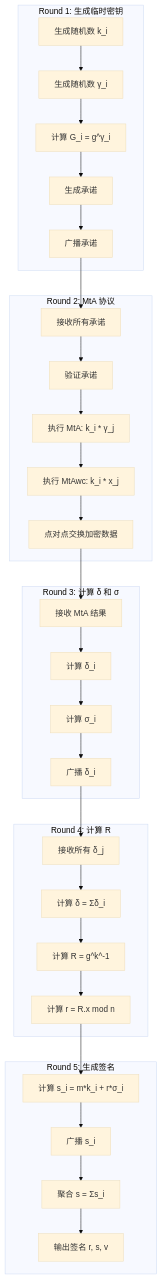
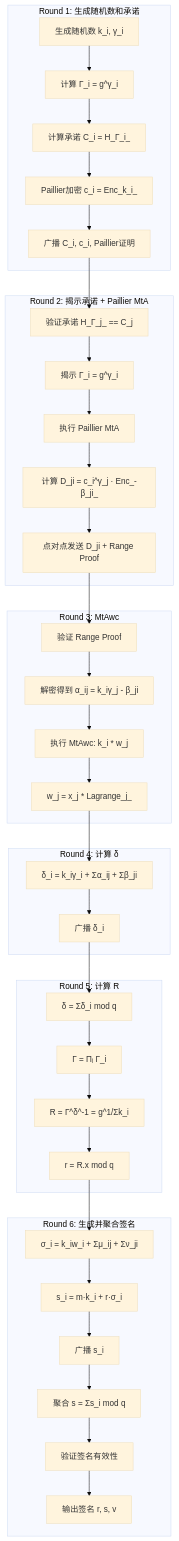
The seventh of 8 diagrams in docs/FLOWCHARTS.md (339-Labs/wallet-platform-mpc-go), drawn with Mermaid (base theme) before and after one commit. The commit also changed other lines of this file and 1 other file, not shown here.

Commit message:
Refactor: Update docs to reflect GG18 protocol implementation

````diff
--- a/docs/FLOWCHARTS.md
+++ b/docs/FLOWCHARTS.md
@@ -338,39 +340,46 @@
 ```mermaid
 flowchart TB
-    subgraph "Round 1: 生成临时密钥"
-        A1[生成随机数 k_i] --> A2[生成随机数 γ_i]
-        A2 --> A3[计算 G_i = g^γ_i]
-        A3 --> A4[生成承诺]
-        A4 --> A5[广播承诺]
+    subgraph "Round 1: 生成随机数和承诺"
+        A1[生成随机数 k_i, γ_i] --> A2[计算 Γ_i = g^γ_i]
+        A2 --> A3[计算承诺 C_i = H_Γ_i_]
+        A3 --> A4[Paillier加密 c_i = Enc_k_i_]
+        A4 --> A5[广播 C_i, c_i, Paillier证明]
     end
     
-    subgraph "Round 2: MtA 协议"
-        B1[接收所有承诺] --> B2[验证承诺]
-        B2 --> B3[执行 MtA: k_i * γ_j]
-        B3 --> B4[执行 MtAwc: k_i * x_j]
-        B4 --> B5[点对点交换加密数据]
+    subgraph "Round 2: 揭示承诺 + Paillier MtA"
+        B1[验证承诺 H_Γ_j_ == C_j] --> B2[揭示 Γ_i = g^γ_i]
+        B2 --> B3[执行 Paillier MtA]
+        B3 --> B4[计算 D_ji = c_i^γ_j · Enc_-β_ji_]
+        B4 --> B5[点对点发送 D_ji + Range Proof]
     end
     
-    subgraph "Round 3: 计算 δ 和 σ"
-        C1[接收 MtA 结果] --> C2[计算 δ_i]
-        C2 --> C3[计算 σ_i]
-        C3 --> C4[广播 δ_i]
+    subgraph "Round 3: MtAwc"
+        C1[验证 Range Proof] --> C2[解密得到 α_ij = k_iγ_j - β_ji]
+        C2 --> C3[执行 MtAwc: k_i * w_j]
+        C3 --> C4[w_j = x_j * Lagrange_j_]
     end
     
-    subgraph "Round 4: 计算 R"
-        D1[接收所有 δ_j] --> D2[计算 δ = Σδ_i]
-        D2 --> D3[计算 R = g^k^-1]
-        D3 --> D4[计算 r = R.x mod n]
+    subgraph "Round 4: 计算 δ"
+        D1[δ_i = k_iγ_i + Σα_ij + Σβ_ji] --> D2[广播 δ_i]
     end
     
-    subgraph "Round 5: 生成签名"
-        E1[计算 s_i = m*k_i + r*σ_i] --> E2[广播 s_i]
-        E2 --> E3[聚合 s = Σs_i]
-        E3 --> E4[输出签名 r, s, v]
+    subgraph "Round 5: 计算 R"
+        E1[δ = Σδ_i mod q] --> E2[Γ = Πᵢ Γ_i]
+        E2 --> E3[R = Γ^δ^-1 = g^1/Σk_i]
+        E3 --> E4[r = R.x mod q]
+    end
+    
+    subgraph "Round 6: 生成并聚合签名"
+        F1[σ_i = k_iw_i + Σμ_ij + Σν_ji] --> F2[s_i = m·k_i + r·σ_i]
+        F2 --> F3[广播 s_i]
+        F3 --> F4[聚合 s = Σs_i mod q]
+        F4 --> F5[验证签名有效性]
+        F5 --> F6[输出签名 r, s, v]
     end
     
     A5 --> B1
     B5 --> C1
     C4 --> D1
-    D4 --> E1
+    D2 --> E1
+    E4 --> F1
 ```
````
